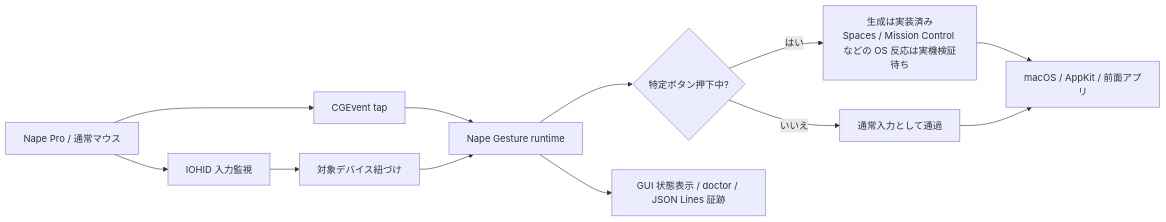
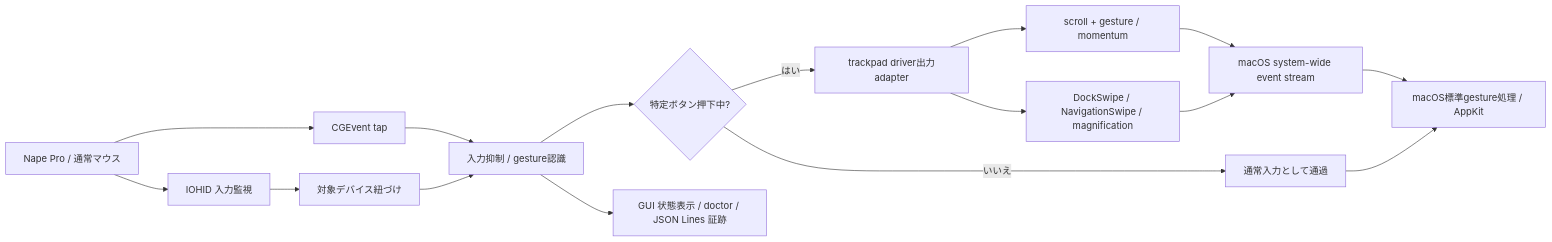
One commit to char5742/nape-gesture changed the first of 2 diagrams in README.md. Above: the diagram before and after it, drawn with Mermaid. The commit also changed other lines of this file and 42 other files, not shown here.

````diff
--- a/README.md
+++ b/README.md
@@ -27,14 +30,18 @@
 ```mermaid
 flowchart LR
     mouse["Nape Pro / 通常マウス"] --> hid["IOHID 入力監視"]
     mouse --> tap["CGEvent tap"]
     hid --> association["対象デバイス紐づけ"]
-    tap --> runtime["Nape Gesture runtime"]
-    association --> runtime
-    runtime --> pressed{"特定ボタン押下中?"}
+    tap --> recognizer["入力抑制 / gesture認識"]
+    association --> recognizer
+    recognizer --> pressed{"特定ボタン押下中?"}
     pressed -->|いいえ| passthrough["通常入力として通過"]
-    pressed -->|はい| gesture["生成は実装済み<br/>Spaces / Mission Control などの OS 反応は実機検証待ち"]
-    gesture --> appkit["macOS / AppKit / 前面アプリ"]
+    pressed -->|はい| output["trackpad driver出力adapter"]
+    output --> scroll["scroll + gesture / momentum"]
+    output --> system["DockSwipe / NavigationSwipe / magnification"]
+    scroll --> stream["macOS system-wide event stream"]
+    system --> stream
+    stream --> appkit["macOS標準gesture処理 / AppKit"]
     passthrough --> appkit
-    runtime --> status["GUI 状態表示 / doctor / JSON Lines 証跡"]
+    recognizer --> status["GUI 状態表示 / doctor / JSON Lines 証跡"]
 ```
````
